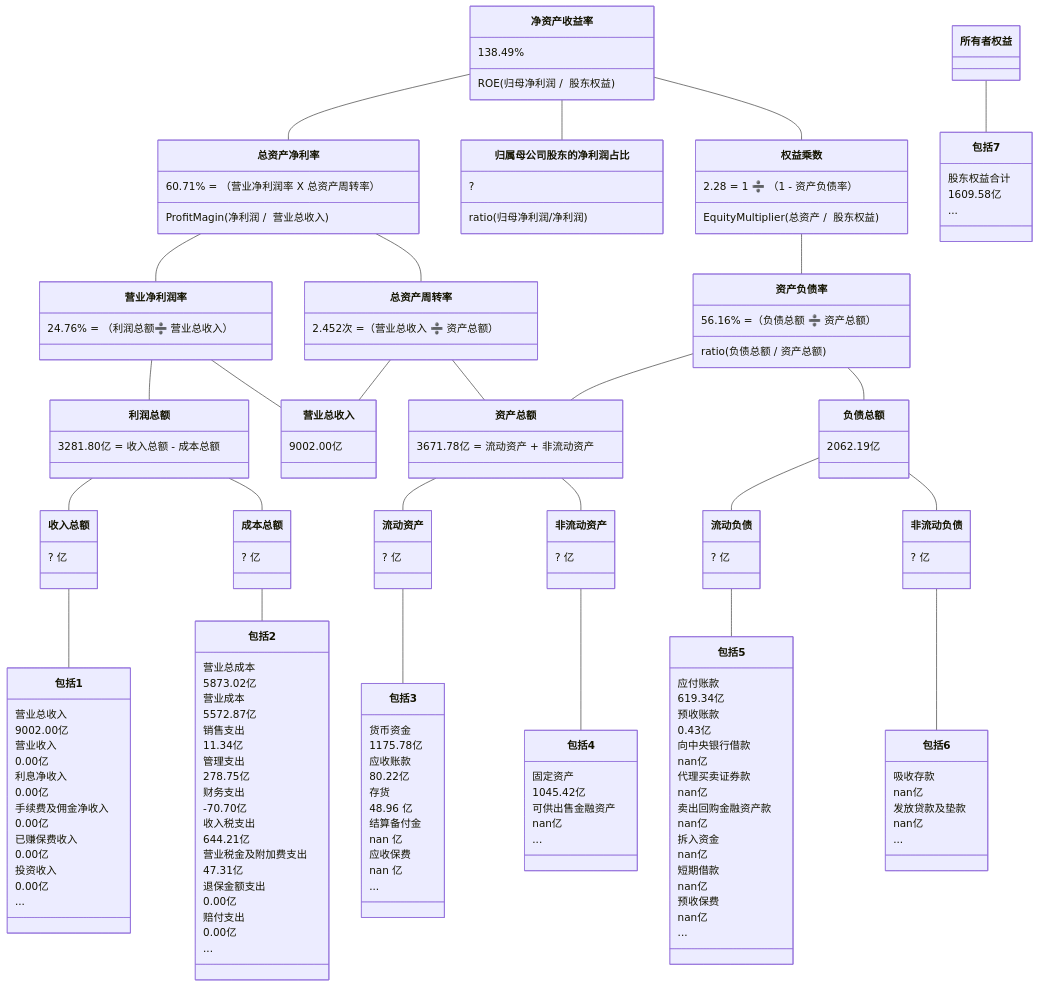
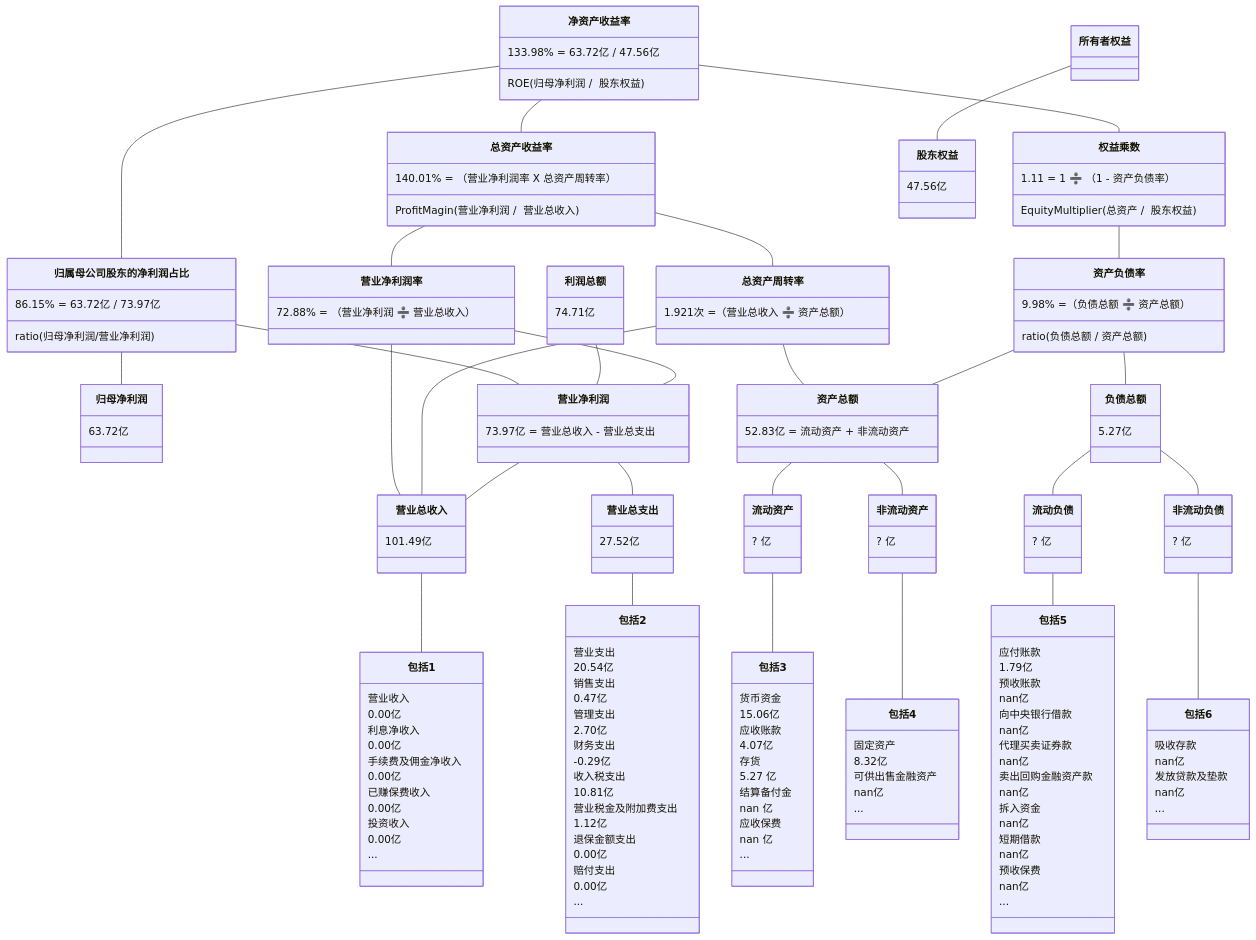
Before and after one commit to TheVeryDarkness/cs410: the sixth of 10 diagrams in 2/2.md, drawn with Mermaid. The commit also changed other lines of this file and 262 other files, not shown here.

````diff
--- a/2/2.md
+++ b/2/2.md
@@ -659,53 +751,55 @@
 ```mermaid
 classDiagram
-净资产收益率 -- 总资产净利率
-    净资产收益率 : 138.49%
+净资产收益率 -- 总资产收益率
+    净资产收益率 : 133.98% = 63.72亿 / 47.56亿
     净资产收益率 : ROE(归母净利润 /  股东权益)
-    总资产净利率 : 60.71% = （营业净利润率 X 总资产周转率）
-    总资产净利率 : ProfitMagin(净利润 /  营业总收入)
+    总资产收益率 : 140.01% = （营业净利润率 X 总资产周转率）
+    总资产收益率 : ProfitMagin(营业净利润 /  营业总收入)
 净资产收益率 -- 归属母公司股东的净利润占比
-	归属母公司股东的净利润占比 : ?
-	归属母公司股东的净利润占比 : ratio(归母净利润/净利润)
+	  归属母公司股东的净利润占比 : 86.15% = 63.72亿 / 73.97亿
+	  归属母公司股东的净利润占比 : ratio(归母净利润/营业净利润)
+归属母公司股东的净利润占比 -- 归母净利润
+    归母净利润 : 63.72亿
+归属母公司股东的净利润占比 -- 营业净利润
+利润总额 : 74.71亿
+利润总额 -- 营业净利润
 净资产收益率 -- 权益乘数
-    权益乘数 : 2.28 = 1 ➗ （1 - 资产负债率）
+    权益乘数 : 1.11 = 1 ➗ （1 - 资产负债率）
     权益乘数 : EquityMultiplier(总资产 /  股东权益)
-    
-总资产净利率 -- 营业净利润率
-    营业净利润率 : 24.76% = （利润总额➗ 营业总收入）
-总资产净利率 -- 总资产周转率
-    总资产周转率 : 2.452次 =（营业总收入 ➗ 资产总额）
+
+总资产收益率 -- 营业净利润率
+    营业净利润率 : 72.88% = （营业净利润 ➗ 营业总收入）
+总资产收益率 -- 总资产周转率
+    总资产周转率 : 1.921次 =（营业总收入 ➗ 资产总额）
 权益乘数 -- 资产负债率
-    资产负债率  : 56.16% =（负债总额 ➗ 资产总额）
+    资产负债率  : 9.98% =（负债总额 ➗ 资产总额）
     资产负债率  : ratio(负债总额 / 资产总额)
 
-营业净利润率 -- 利润总额
-   利润总额 : 3281.80亿 = 收入总额 - 成本总额
+营业净利润率 -- 营业净利润
+    营业净利润 : 73.97亿 = 营业总收入 - 营业总支出
 营业净利润率 -- 营业总收入
-    营业总收入 : 9002.00亿
 总资产周转率 -- 营业总收入
 总资产周转率 -- 资产总额
-    资产总额 : 3671.78亿 = 流动资产 + 非流动资产
-资产负债率 -- 　负债总额
-    负债总额 : 2062.19亿
-资产负债率 -- 　资产总额
+    资产总额 : 52.83亿 = 流动资产 + 非流动资产
+资产负债率 -- 负债总额
+    负债总额 : 5.27亿
+资产负债率 -- 资产总额
 
 
-利润总额 -- 收入总额
-    收入总额 : ? 亿
-利润总额 -- 成本总额
-    成本总额 : ? 亿
+营业净利润 -- 营业总收入
+    营业总收入 : 101.49亿
+营业净利润 -- 营业总支出
+    营业总支出 : 27.52亿
 资产总额 -- 流动资产
-	流动资产 : ? 亿
+	  流动资产 : ? 亿
 资产总额 -- 非流动资产
-	非流动资产 : ? 亿
+	  非流动资产 : ? 亿
 负债总额 -- 流动负债
-	流动负债 : ? 亿
+	  流动负债 : ? 亿
 负债总额 -- 非流动负债
-	非流动负债 : ? 亿
+	  非流动负债 : ? 亿
 
-收入总额 -- 包括1
-    包括1 : 营业总收入
-    包括1 : 9002.00亿
+营业总收入 -- 包括1
     包括1 : 营业收入
     包括1 : 0.00亿
     包括1 : 利息净收入
@@ -717,21 +811,19 @@
     包括1 : 投资收入
     包括1 : 0.00亿
     包括1 : ...
-成本总额 -- 包括2
-    包括2 : 营业总成本
-    包括2 : 5873.02亿
-    包括2 : 营业成本
-    包括2 : 5572.87亿
+营业总支出 -- 包括2
+    包括2 : 营业支出
+    包括2 : 20.54亿
     包括2 : 销售支出
-    包括2 : 11.34亿
+    包括2 : 0.47亿
     包括2 : 管理支出
-    包括2 : 278.75亿
+    包括2 : 2.70亿
     包括2 : 财务支出
-    包括2 : -70.70亿
+    包括2 : -0.29亿
     包括2 : 收入税支出
-    包括2 : 644.21亿
+    包括2 : 10.81亿
     包括2 : 营业税金及附加费支出
-    包括2 : 47.31亿
+    包括2 : 1.12亿
     包括2 : 退保金额支出
     包括2 : 0.00亿
     包括2 : 赔付支出
@@ -739,11 +831,11 @@
     包括2 : ...
 流动资产 -- 包括3
     包括3 : 货币资金
-    包括3 : 1175.78亿
+    包括3 : 15.06亿
     包括3 : 应收账款
-    包括3 : 80.22亿
+    包括3 : 4.07亿
     包括3 : 存货
-    包括3 : 48.96 亿
+    包括3 : 5.27 亿
     包括3 : 结算备付金
     包括3 : nan 亿
     包括3 : 应收保费
@@ -751,15 +843,15 @@
     包括3 : ...
 非流动资产 -- 包括4
     包括4 : 固定资产
-    包括4 : 1045.42亿
+    包括4 : 8.32亿
     包括4 : 可供出售金融资产
     包括4 : nan亿
     包括4 : ...
 流动负债 -- 包括5
     包括5 : 应付账款
-    包括5 : 619.34亿
+    包括5 : 1.79亿
     包括5 : 预收账款
-    包括5 : 0.43亿
+    包括5 : nan亿
     包括5 : 向中央银行借款
     包括5 : nan亿
     包括5 : 代理买卖证券款
@@ -779,8 +871,6 @@
     包括6 : 发放贷款及垫款
     包括6 : nan亿
     包括6 : ...
-所有者权益 -- 包括7
-    包括7 : 股东权益合计
-    包括7 : 1609.58亿
-    包括7 : ...
+所有者权益 -- 股东权益
+    股东权益 : 47.56亿
 ```
````
